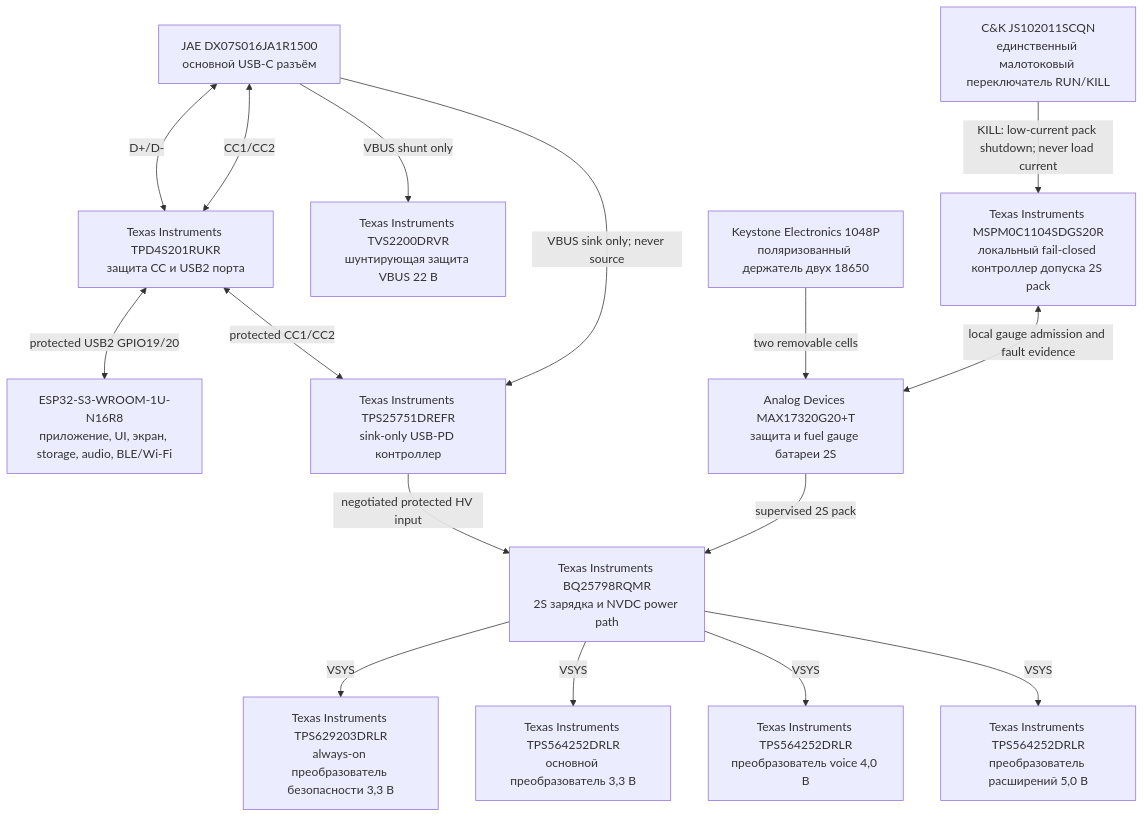
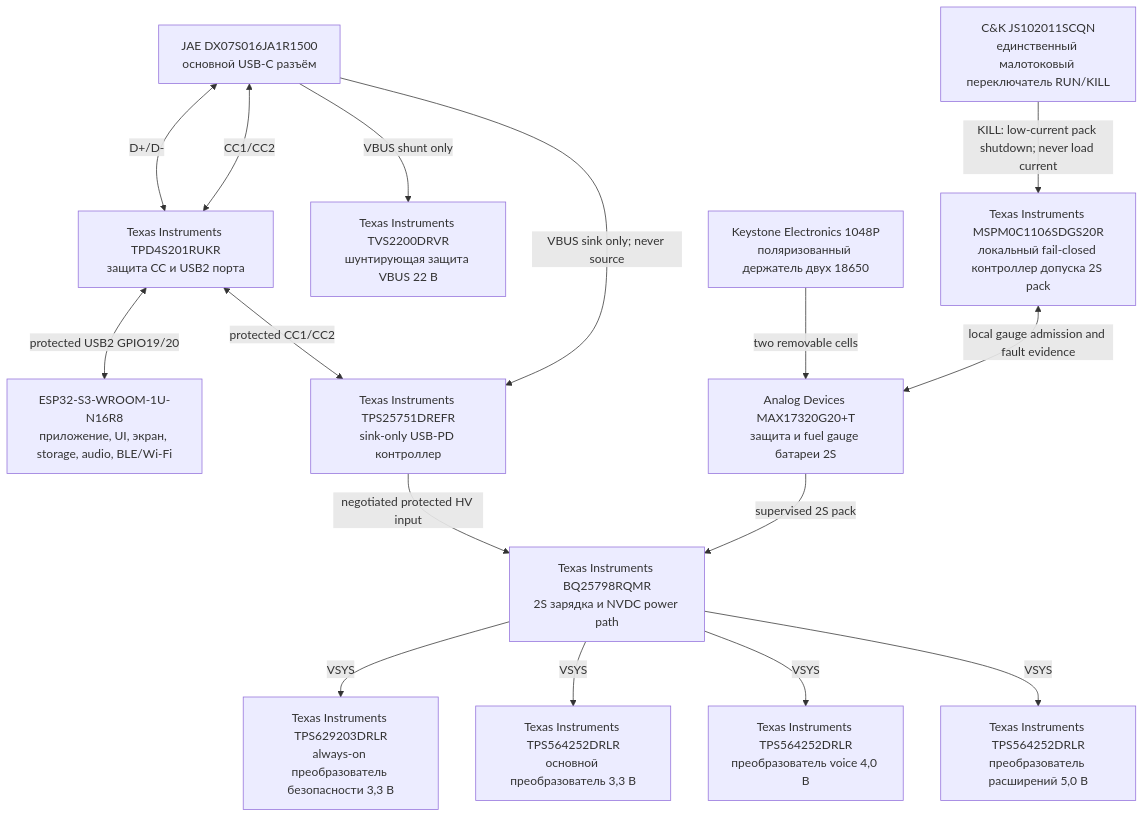
The ninth of 10 diagrams in README.ru.md (anton-vinogradov/esp32-leshy2), drawn with Mermaid before and after one commit. The commit also changed other lines of this file and 23 other files, not shown here.

````diff
--- a/README.ru.md
+++ b/README.ru.md
@@ -286,29 +286,29 @@
 ```mermaid
 flowchart TD
 PRODUCT_USB_CONNECTOR["JAE DX07S016JA1R1500<br/>основной USB-C разъём"]
 PRODUCT_USB_PROTECTOR["Texas Instruments TPD4S201RUKR<br/>защита CC и USB2 порта"]
 S3["ESP32-S3-WROOM-1U-N16R8<br/>приложение, UI, экран, storage, audio, BLE/Wi-Fi"]
 PD_VBUS_TVS["Texas Instruments TVS2200DRVR<br/>шунтирующая защита VBUS 22 В"]
 PD_CONTROLLER["Texas Instruments TPS25751DREFR<br/>sink-only USB-PD контроллер"]
 NVDC_CHARGER["Texas Instruments BQ25798RQMR<br/>2S зарядка и NVDC power path"]
 PACK_HOLDER["Keystone Electronics 1048P<br/>поляризованный держатель двух 18650"]
 PACK_GAUGE["Analog Devices MAX17320G20+T<br/>защита и fuel gauge батареи 2S"]
-PACK_ADMISSION["Texas Instruments MSPM0C1104SDGS20R<br/>локальный fail-closed контроллер допуска 2S pack"]
+PACK_ADMISSION["Texas Instruments MSPM0C1106SDGS20R<br/>локальный fail-closed контроллер допуска 2S pack"]
 POWER_COMMAND_SWITCH["C&K JS102011SCQN<br/>единственный малотоковый переключатель RUN/KILL"]
 AON_BUCK["Texas Instruments TPS629203DRLR<br/>always-on преобразователь безопасности 3,3 В"]
 MAIN_BUCK["Texas Instruments TPS564252DRLR<br/>основной преобразователь 3,3 В"]
 VOICE_BUCK["Texas Instruments TPS564252DRLR<br/>преобразователь voice 4,0 В"]
 EXT_BUCK["Texas Instruments TPS564252DRLR<br/>преобразователь расширений 5,0 В"]
   PRODUCT_USB_CONNECTOR <-->|"D+/D-"| PRODUCT_USB_PROTECTOR <-->|"protected USB2 GPIO19/20"| S3
   PRODUCT_USB_CONNECTOR <-->|"CC1/CC2"| PRODUCT_USB_PROTECTOR <-->|"protected CC1/CC2"| PD_CONTROLLER
   PRODUCT_USB_CONNECTOR -->|"VBUS sink only; never source"| PD_CONTROLLER
   PRODUCT_USB_CONNECTOR -->|"VBUS shunt only"| PD_VBUS_TVS
   PD_CONTROLLER -->|"negotiated protected HV input"| NVDC_CHARGER
   PACK_HOLDER -->|"two removable cells"| PACK_GAUGE -->|"supervised 2S pack"| NVDC_CHARGER
   POWER_COMMAND_SWITCH -->|"KILL: low-current pack shutdown; never load current"| PACK_ADMISSION
   PACK_ADMISSION <-->|"local gauge admission and fault evidence"| PACK_GAUGE
   NVDC_CHARGER -->|"VSYS"| AON_BUCK
   NVDC_CHARGER -->|"VSYS"| MAIN_BUCK
   NVDC_CHARGER -->|"VSYS"| VOICE_BUCK
   NVDC_CHARGER -->|"VSYS"| EXT_BUCK
 ```
````
